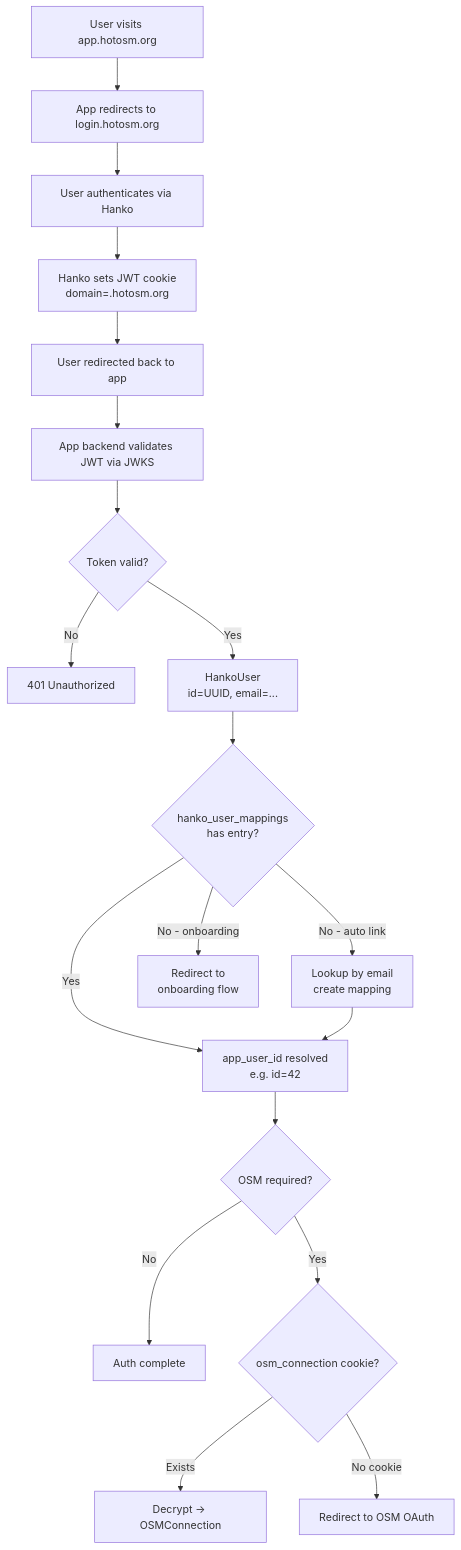
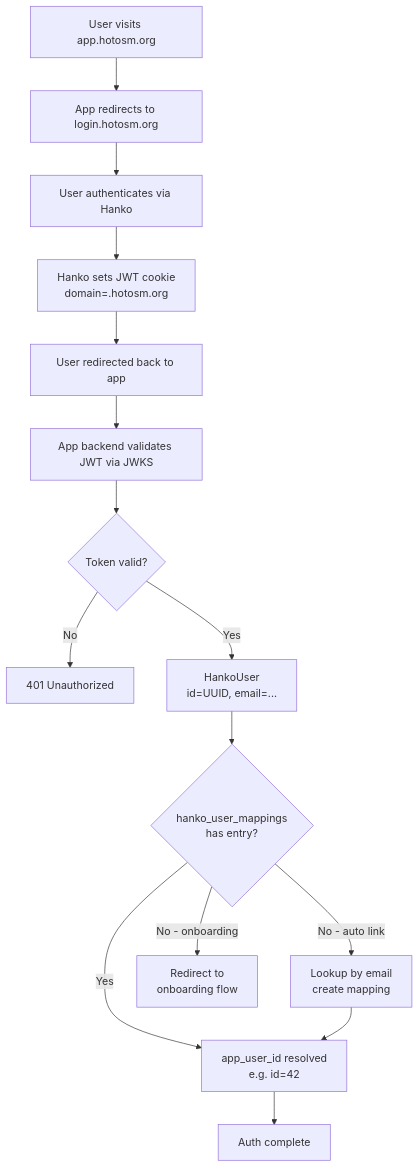
The diagram in docs/src/overview.md (hotosm/login), drawn with Mermaid before and after one commit. The commit also changed 3 other files, not shown here.

Commit message:
Remove OSM required check from auth flow diagram

````diff
--- a/docs/src/overview.md
+++ b/docs/src/overview.md
@@ -53,23 +53,19 @@
 ```mermaid
 flowchart TD
     A[User visits app.hotosm.org] --> B[App redirects to login.hotosm.org]
     B --> C[User authenticates via Hanko]
     C --> D[Hanko sets JWT cookie\ndomain=.hotosm.org]
     D --> E[User redirected back to app]
     E --> F[App backend validates JWT via JWKS]
     F --> G{Token valid?}
     G -->|No| I[401 Unauthorized]
     G -->|Yes| H[HankoUser\nid=UUID, email=...]
 
     H --> MAP{hanko_user_mappings\nhas entry?}
     MAP -->|Yes| APPUSER[app_user_id resolved\ne.g. id=42]
     MAP -->|No - auto link| LINK[Lookup by email\ncreate mapping]
     MAP -->|No - onboarding| ONBOARD[Redirect to\nonboarding flow]
     LINK --> APPUSER
 
-    APPUSER --> J{OSM required?}
-    J -->|No| K[Auth complete]
-    J -->|Yes| L{osm_connection cookie?}
-    L -->|Exists| M[Decrypt → OSMConnection]
-    L -->|No cookie| N[Redirect to OSM OAuth]
+    APPUSER --> K[Auth complete]
 ```
````
